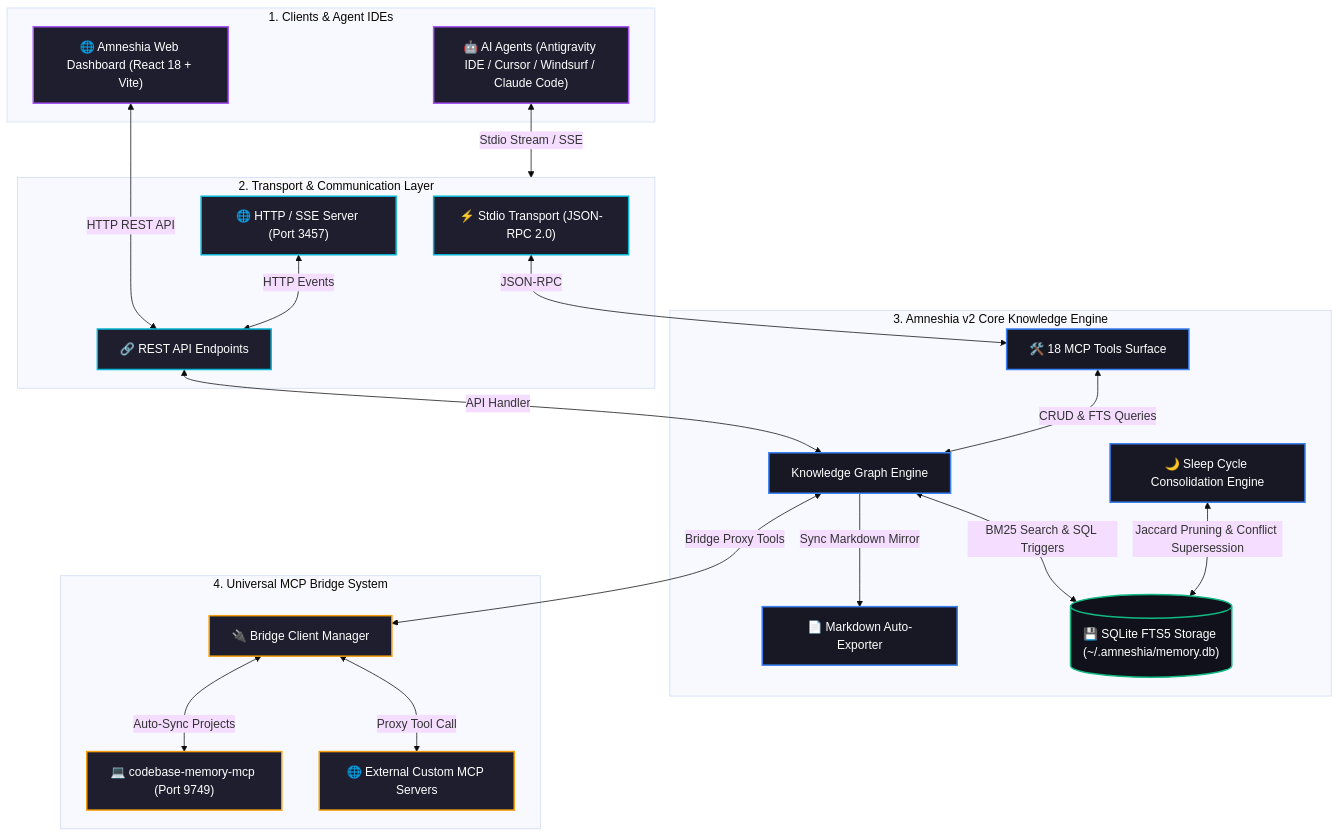
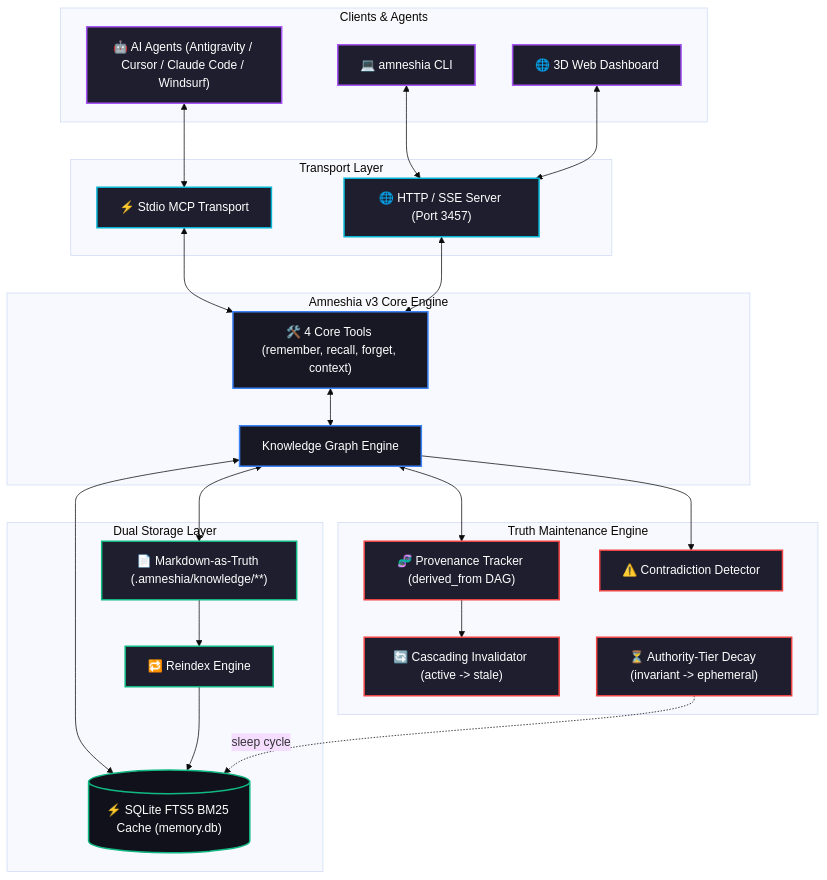
Before and after one commit to SabilMurti/Amneshia: the diagram in README.md, drawn with Mermaid (base theme). The commit also changed other lines of this file and 2 other files, not shown here.

Commit message:
docs: comprehensive v3 documentation, architecture guide, MIGRATION.md, and CHANGELOG.md (v3 phase 6)

````diff
--- a/README.md
+++ b/README.md
@@ -16,51 +47,53 @@
 ```mermaid
 flowchart TB
-    %% Class Definitions for Styling
-    classDef client fill:#1e1e2e,stroke:#a855f7,stroke-width:2px,color:#fff;
-    classDef transport fill:#1e1e2e,stroke:#06b6d4,stroke-width:2px,color:#fff;
-    classDef core fill:#181825,stroke:#3b82f6,stroke-width:2px,color:#fff;
-    classDef bridge fill:#1e1e2e,stroke:#f59e0b,stroke-width:2px,color:#fff;
-    classDef db fill:#11111b,stroke:#10b981,stroke-width:2px,color:#fff;
+    classDef client fill:#1e1e2e,stroke:#a855f7,stroke-width:2px,color:#fff
+    classDef transport fill:#1e1e2e,stroke:#06b6d4,stroke-width:2px,color:#fff
+    classDef core fill:#181825,stroke:#3b82f6,stroke-width:2px,color:#fff
+    classDef storage fill:#1e1e2e,stroke:#10b981,stroke-width:2px,color:#fff
+    classDef truth fill:#1e1e2e,stroke:#ef4444,stroke-width:2px,color:#fff
+    classDef db fill:#11111b,stroke:#10b981,stroke-width:2px,color:#fff
 
-    subgraph Clients ["1. Clients & Agent IDEs"]
-        Agent["🤖 AI Agents (Antigravity IDE / Cursor / Windsurf / Claude Code)"]:::client
-        Browser["🌐 Amneshia Web Dashboard (React 18 + Vite)"]:::client
+    subgraph Clients ["Clients & Agents"]
+        Agent["🤖 AI Agents (Antigravity / Cursor / Claude Code / Windsurf)"]:::client
+        CLI["💻 amneshia CLI"]:::client
+        Browser["🌐 3D Web Dashboard"]:::client
     end
 
-    subgraph Transport ["2. Transport & Communication Layer"]
-        Stdio["⚡ Stdio Transport (JSON-RPC 2.0)"]:::transport
-        SSE["🌐 HTTP / SSE Server (Port 3457)"]:::transport
-        REST["🔗 REST API Endpoints"]:::transport
+    subgraph Transport ["Transport Layer"]
+        Stdio["⚡ Stdio MCP Transport"]:::transport
+        HTTP["🌐 HTTP / SSE Server (Port 3457)"]:::transport
     end
 
-    subgraph Amneshia ["3. Amneshia v2 Core Knowledge Engine"]
-        MCP["🛠️ 18 MCP Tools Surface"]:::core
+    subgraph Core ["Amneshia v3 Core Engine"]
+        Tools["🛠️ 4 Core Tools (remember, recall, forget, context)"]:::core
         Graph["Knowledge Graph Engine"]:::core
-        Sleep["🌙 Sleep Cycle Consolidation Engine"]:::core
-        Exporter["📄 Markdown Auto-Exporter"]:::core
-        DB[("💾 SQLite FTS5 Storage (~/.amneshia/memory.db)")]:::db
     end
 
-    subgraph Bridges ["4. Universal MCP Bridge System"]
-        Bridge["🔌 Bridge Client Manager"]:::bridge
-        CM["💻 codebase-memory-mcp (Port 9749)"]:::bridge
-        Other["🌐 External Custom MCP Servers"]:::bridge
+    subgraph Truth ["Truth Maintenance Engine"]
+        Provenance["🧬 Provenance Tracker (derived_from DAG)"]:::truth
+        Contradiction["⚠️ Contradiction Detector"]:::truth
+        Cascade["🔄 Cascading Invalidator (active -> stale)"]:::truth
+        Decay["⏳ Authority-Tier Decay (invariant -> ephemeral)"]:::truth
     end
 
-    %% Flow Connections
-    Agent <-->|Stdio Stream / SSE| Transport
-    Browser <-->|HTTP REST API| REST
+    subgraph Storage ["Dual Storage Layer"]
+        MdStore["📄 Markdown-as-Truth (.amneshia/knowledge/**)"]:::storage
+        SQLite[("⚡ SQLite FTS5 BM25 Cache (memory.db)")]:::db
+        Reindex["🔁 Reindex Engine"]:::storage
+    end
 
-    Stdio <-->|JSON-RPC| MCP
-    SSE <-->|HTTP Events| REST
-    REST <-->|API Handler| Graph
-
-    MCP <-->|CRUD & FTS Queries| Graph
-    Graph <-->|BM25 Search & SQL Triggers| DB
-    Sleep <-->|Jaccard Pruning & Conflict Supersession| DB
-    Graph -->|Sync Markdown Mirror| Exporter
-
-    Graph <-->|Bridge Proxy Tools| Bridge
-    Bridge <-->|Auto-Sync Projects| CM
-    Bridge <-->|Proxy Tool Call| Other
+    Agent <--> Stdio
+    CLI <--> HTTP
+    Browser <--> HTTP
+    Stdio <--> Tools
+    HTTP <--> Tools
+    Tools <--> Graph
+    Graph <--> Provenance
+    Graph --> Contradiction
+    Provenance --> Cascade
+    Graph <--> MdStore
+    Graph <--> SQLite
+    MdStore --> Reindex
+    Reindex --> SQLite
+    Decay -.->|sleep cycle| SQLite
 ```
````
